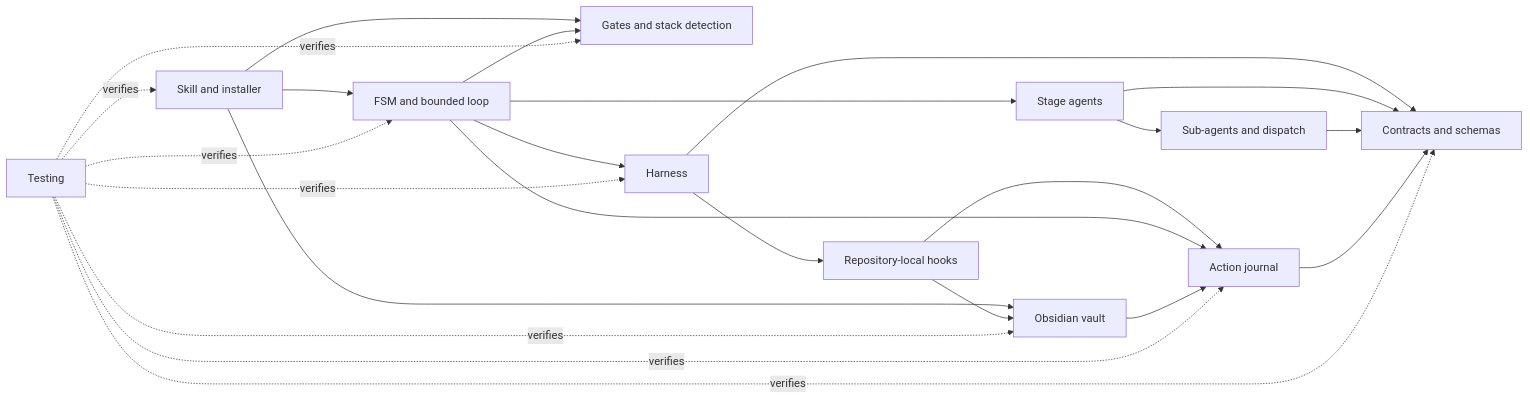
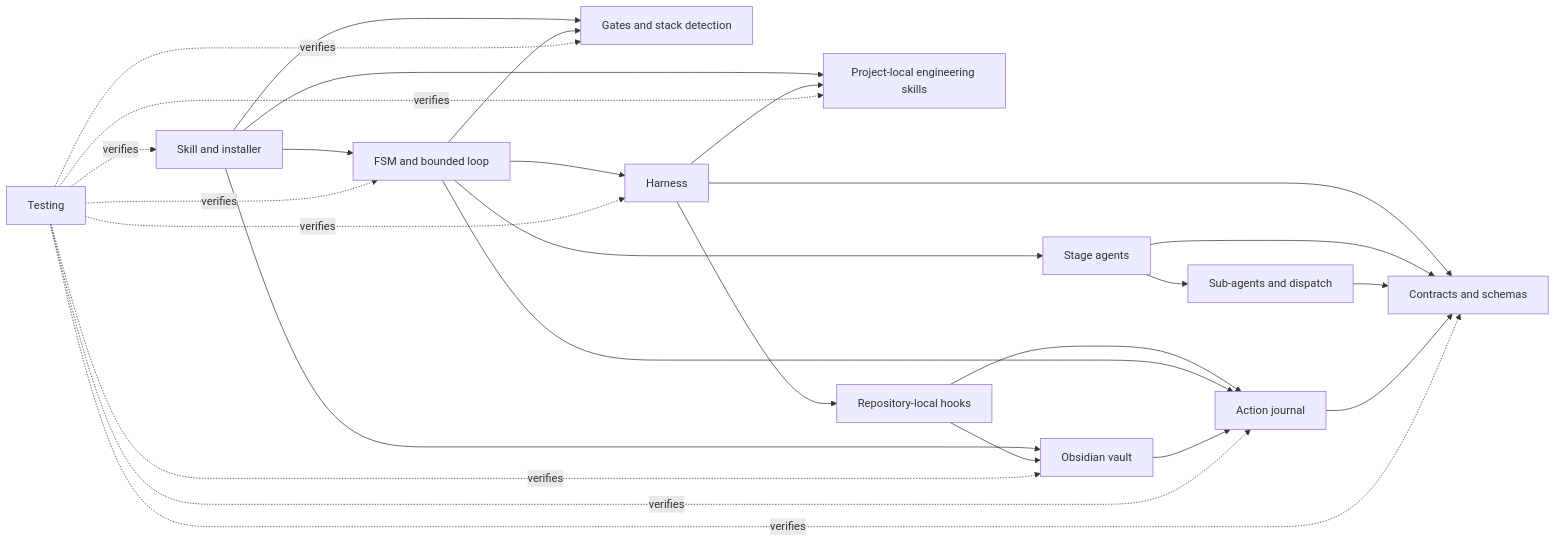
The diagram in docs/README.md (FelipeAngeli/hermes-sdd-orchestrator), drawn with Mermaid before and after one commit. The commit also changed other lines of this file and 39 other files, not shown here.

Commit message:
feat(skills): add project-local engineering playbooks

````diff
--- a/docs/README.md
+++ b/docs/README.md
@@ -36,20 +37,22 @@
 ```mermaid
 flowchart LR
     SK[Skill and installer] --> FSM[FSM and bounded loop]
+    SK --> PS[Project-local engineering skills]
     SK --> G[Gates and stack detection]
     SK --> OB[Obsidian vault]
     FSM --> H[Harness]
     H --> C
+    H --> PS
     H --> HK[Repository-local hooks]
     HK --> J
     HK --> OB
     FSM --> J[Action journal]
     FSM --> A[Stage agents]
     FSM --> G
     A --> C[Contracts and schemas]
     A --> S[Sub-agents and dispatch]
     S --> C
     J --> C
     OB --> J
-    T[Testing] -.verifies.-> FSM & H & J & C & G & OB & SK
+    T[Testing] -.verifies.-> FSM & H & J & C & G & OB & SK & PS
 ```
````
